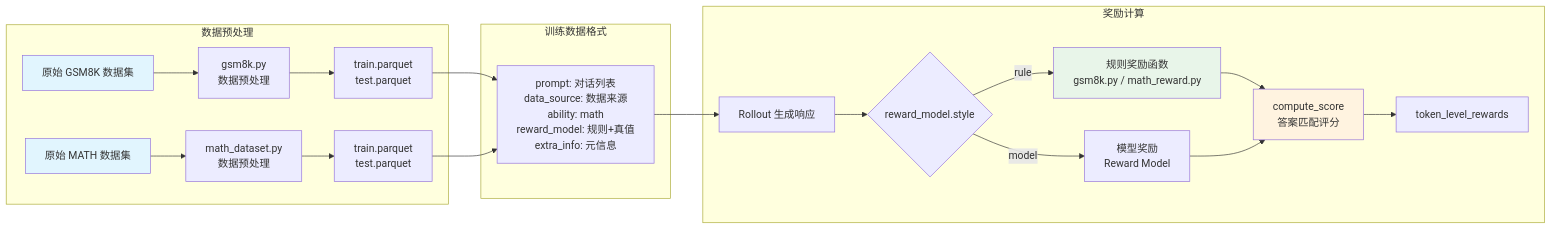
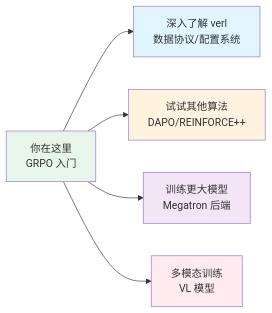
One commit to liangrui/verl changed the fourth of 4 diagrams in ReadCode/17_GRPO训练例子详解.md. Above: the diagram before and after it, drawn with Mermaid. The commit also changed other lines of this file, not shown here.

````diff
--- a/ReadCode/17_GRPO训练例子详解.md
+++ b/ReadCode/17_GRPO训练例子详解.md
@@ -448,29 +461,13 @@
 ```mermaid
-flowchart LR
-    subgraph 数据预处理
-        A1[原始 GSM8K 数据集] --> B1[gsm8k.py<br/>数据预处理]
-        A2[原始 MATH 数据集] --> B2[math_dataset.py<br/>数据预处理]
-        B1 --> C1[train.parquet<br/>test.parquet]
-        B2 --> C2[train.parquet<br/>test.parquet]
-    end
+graph LR
+    A[你在这里<br/>GRPO 入门] --> B[深入了解 verl<br/>数据协议/配置系统]
+    A --> C[试试其他算法<br/>DAPO/REINFORCE++]
+    A --> D[训练更大模型<br/>Megatron 后端]
+    A --> E[多模态训练<br/>VL 模型]
 
-    subgraph 训练数据格式
-        C1 --> D[prompt: 对话列表<br/>data_source: 数据来源<br/>ability: math<br/>reward_model: 规则+真值<br/>extra_info: 元信息]
-        C2 --> D
-    end
-
-    subgraph 奖励计算
-        D --> E[Rollout 生成响应]
-        E --> F{reward_model.style}
-        F -->|rule| G[规则奖励函数<br/>gsm8k.py / math_reward.py]
-        F -->|model| H[模型奖励<br/>Reward Model]
-        G --> I[compute_score<br/>答案匹配评分]
-        H --> I
-        I --> J[token_level_rewards]
-    end
-
-    style A1 fill:#e1f5fe
-    style A2 fill:#e1f5fe
-    style G fill:#e8f5e9
-    style I fill:#fff3e0
+    style A fill:#e8f5e9
+    style B fill:#e1f5fe
+    style C fill:#fff3e0
+    style D fill:#f3e5f5
+    style E fill:#ffebee
 ```
````
